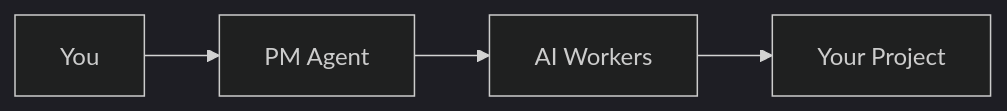
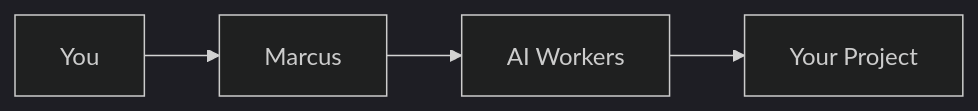
One commit to lwgray/pm-agent changed the diagram in docs/templates/GETTING_STARTED_TEMPLATE.md. Above: the diagram before and after it, drawn with Mermaid (dark theme). The commit also changed other lines of this file and 54 other files, not shown here.

````diff
--- a/docs/templates/GETTING_STARTED_TEMPLATE.md
+++ b/docs/templates/GETTING_STARTED_TEMPLATE.md
@@ -49,6 +49,6 @@
 ```mermaid
 graph LR
-    You[You] --> PM[PM Agent]
+    You[You] --> PM[Marcus]
     PM --> AI[AI Workers]
     AI --> Code[Your Project]
 ```
````
